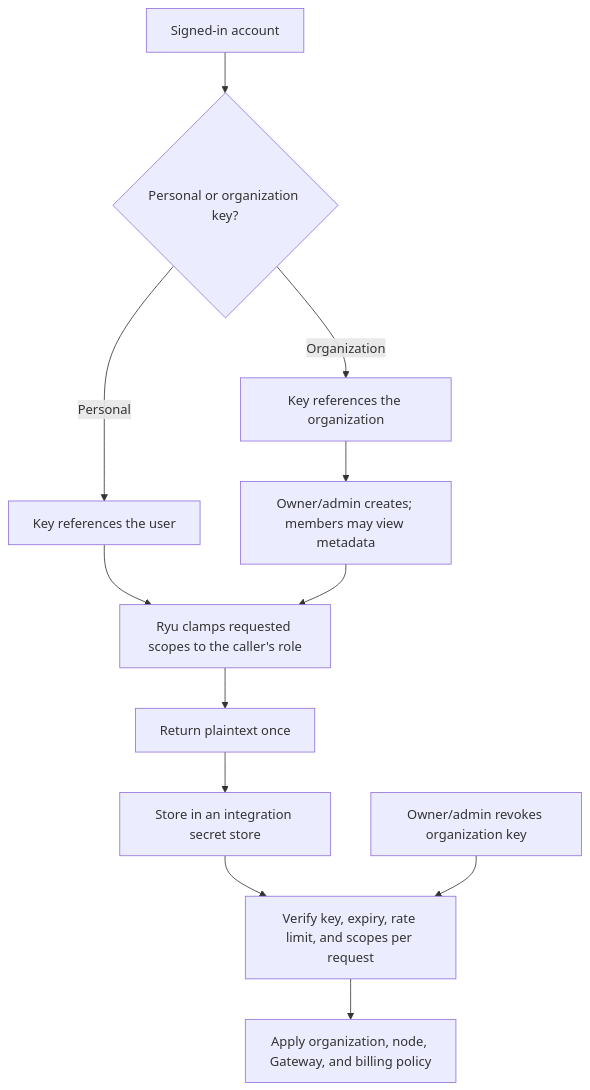
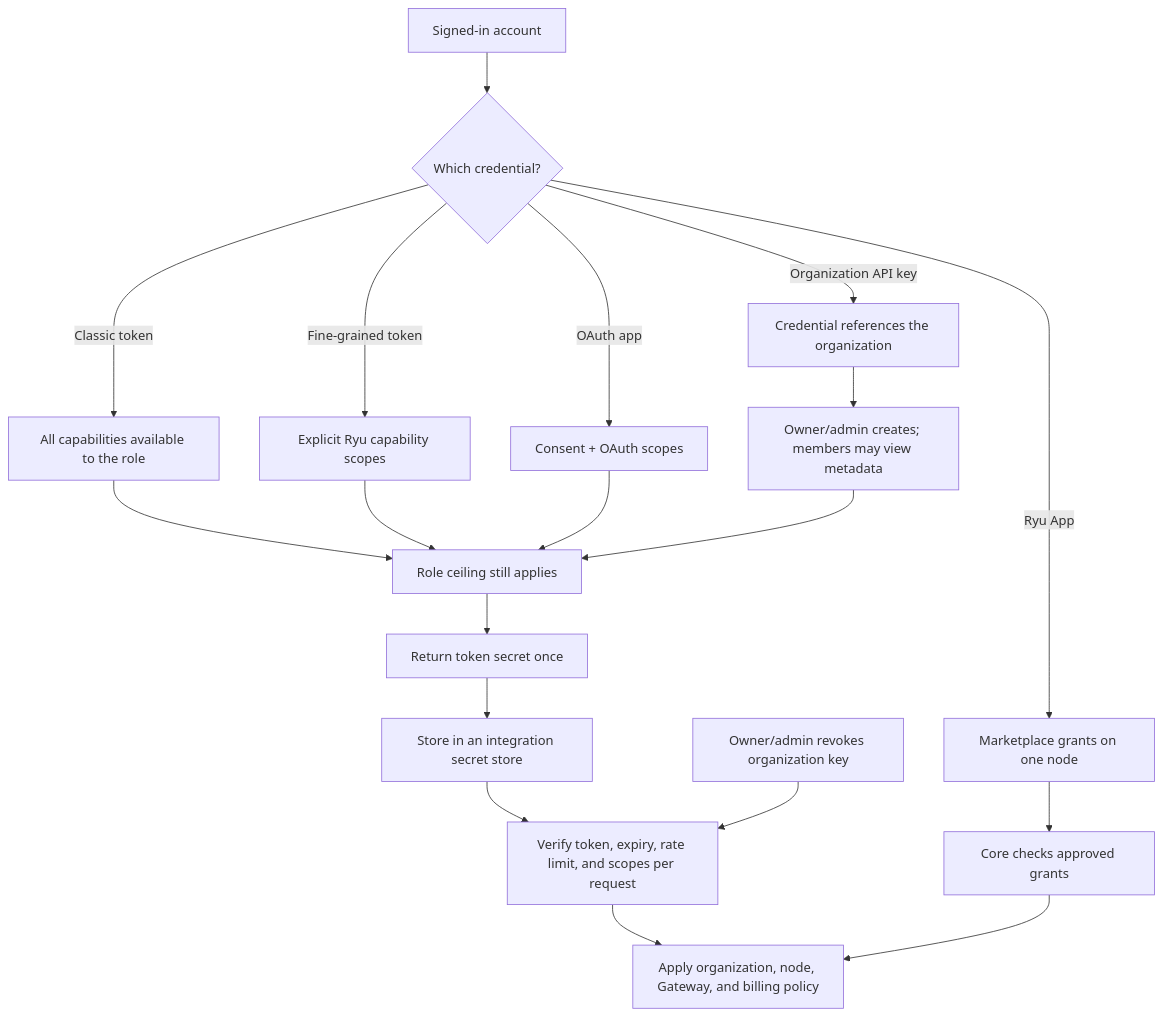
Diagram 12 of 13 in content/docs/security/authentication-and-pairing.mdx (amajorai/ryu-docs), drawn with Mermaid before and after one commit. The commit also changed other lines of this file and 305 other files, not shown here.

````diff
--- a/content/docs/security/authentication-and-pairing.mdx
+++ b/content/docs/security/authentication-and-pairing.mdx
@@ -426,14 +457,21 @@
 ```mermaid
 flowchart TD
-  Caller["Signed-in account"] --> Choose{"Personal or organization key?"}
-  Choose -->|"Personal"| Personal["Key references the user"]
-  Choose -->|"Organization"| Org["Key references the organization"]
-  Personal --> Narrow["Ryu clamps requested scopes to the caller's role"]
+  Caller["Signed-in account"] --> Choose{"Which credential?"}
+  Choose -->|"Classic token"| Classic["All capabilities available to the role"]
+  Choose -->|"Fine-grained token"| Fine["Explicit Ryu capability scopes"]
+  Choose -->|"Organization API key"| Org["Credential references the organization"]
+  Choose -->|"OAuth app"| OAuth["Consent + OAuth scopes"]
+  Choose -->|"Ryu App"| RyuApp["Marketplace grants on one node"]
+  Classic --> Narrow["Role ceiling still applies"]
+  Fine --> Narrow
+  OAuth --> Narrow
   Org --> Admin["Owner/admin creates; members may view metadata"]
   Admin --> Narrow
-  Narrow --> Once["Return plaintext once"]
+  RyuApp --> AppPolicy["Core checks approved grants"]
+  Narrow --> Once["Return token secret once"]
   Once --> Store["Store in an integration secret store"]
-  Store --> Verify["Verify key, expiry, rate limit, and scopes per request"]
+  Store --> Verify["Verify token, expiry, rate limit, and scopes per request"]
   Verify --> Policy["Apply organization, node, Gateway, and billing policy"]
   Revoke["Owner/admin revokes organization key"] --> Verify
+  AppPolicy --> Policy
 ```
````
